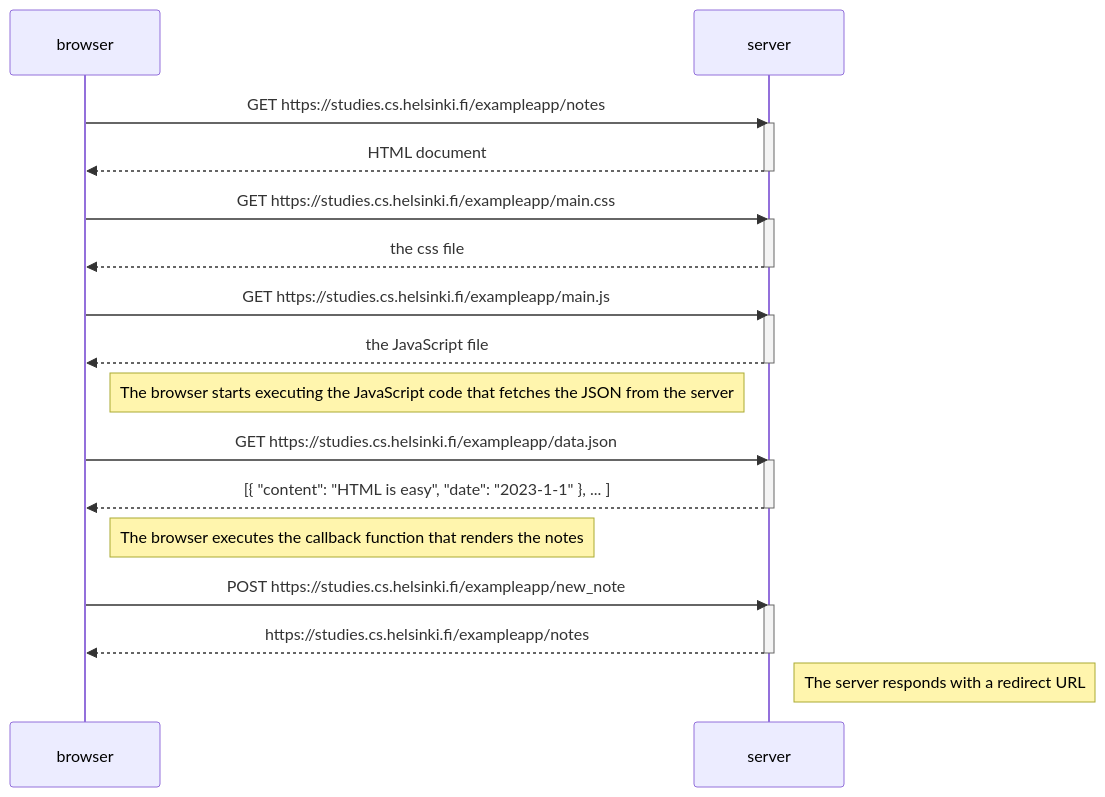
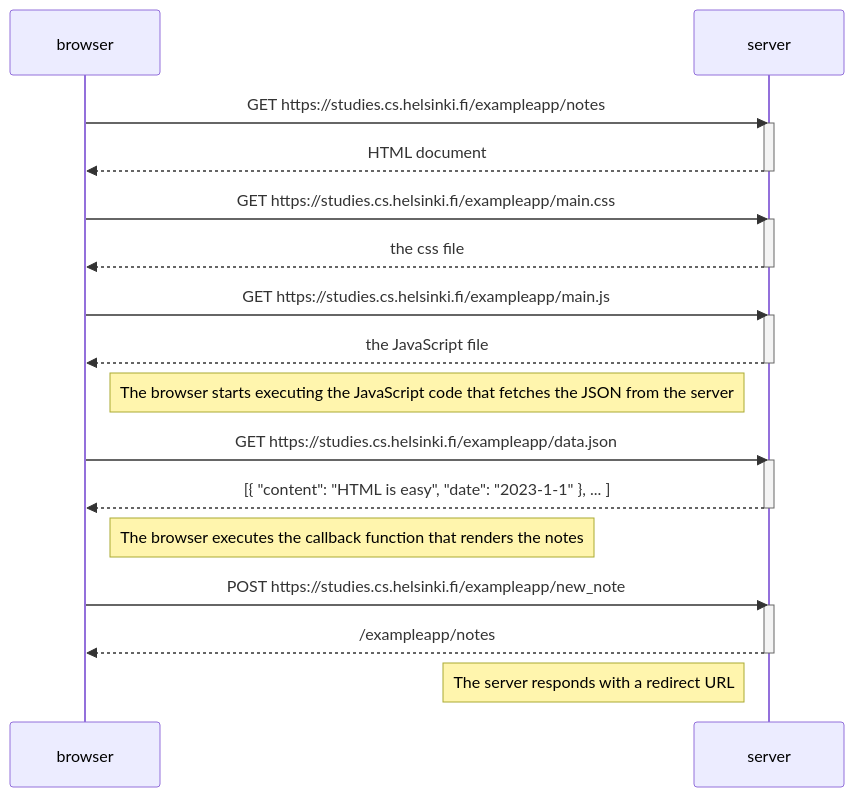
The diagram in Part0/0.4.md (RedericoFocco/FullStackOpenCourse), drawn with Mermaid before and after one commit.

````diff
--- a/Part0/0.4.md
+++ b/Part0/0.4.md
@@ -1,26 +1,26 @@
 ```mermaid
 sequenceDiagram
     browser->>server: GET https://studies.cs.helsinki.fi/exampleapp/notes
     activate server
     server-->>browser: HTML document
     deactivate server
     browser->>server: GET https://studies.cs.helsinki.fi/exampleapp/main.css
     activate server
     server-->>browser: the css file
     deactivate server
     browser->>server: GET https://studies.cs.helsinki.fi/exampleapp/main.js
     activate server
     server-->>browser: the JavaScript file
     deactivate server
     Note right of browser: The browser starts executing the JavaScript code that fetches the JSON from the server
     browser->>server: GET https://studies.cs.helsinki.fi/exampleapp/data.json
     activate server
     server-->>browser: [{ "content": "HTML is easy", "date": "2023-1-1" }, ... ]
     deactivate server
     Note right of browser: The browser executes the callback function that renders the notes
     browser->>server: POST https://studies.cs.helsinki.fi/exampleapp/new_note
     activate server
-    server-->>browser: https://studies.cs.helsinki.fi/exampleapp/notes
+    server-->>browser: /exampleapp/notes
     deactivate server
-    Note right of server: The server responds with a redirect URL
+    Note left of server: The server responds with a redirect URL
 ```
````
